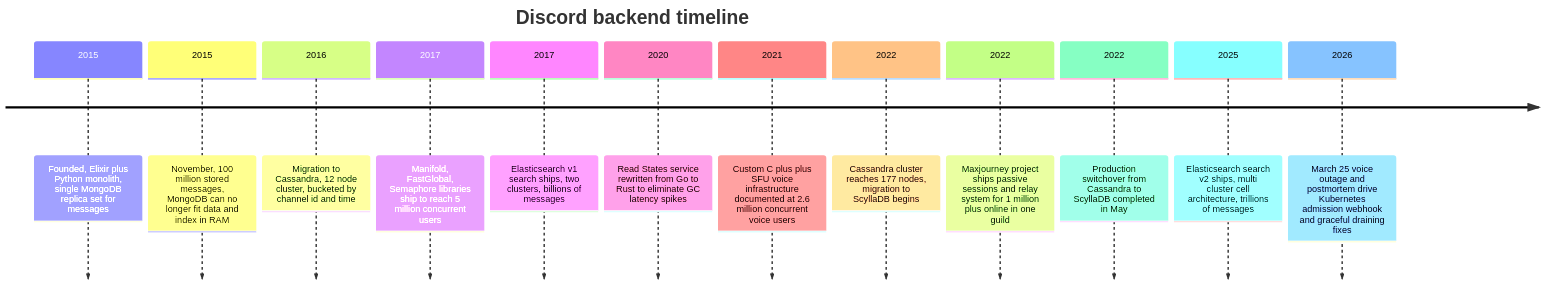
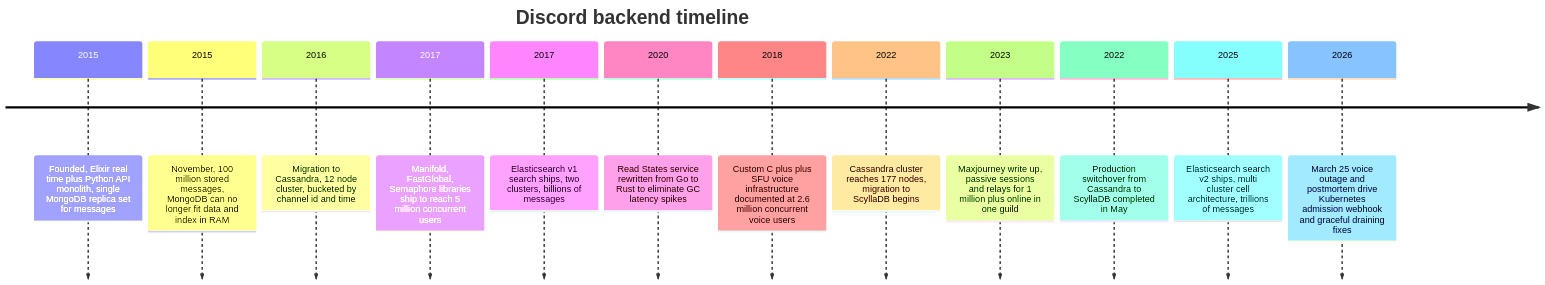
One commit to alwin-verus/big-tech-system-design changed the first of 7 diagrams in companies/discord.md. Above: the diagram before and after it, drawn with Mermaid. The commit also changed other lines of this file and 56 other files, not shown here.

````diff
--- a/companies/discord.md
+++ b/companies/discord.md
@@ -195,16 +304,16 @@
 ```mermaid
 timeline
   title Discord backend timeline
-  2015 : Founded, Elixir plus Python monolith, single MongoDB replica set for messages
+  2015 : Founded, Elixir real time plus Python API monolith, single MongoDB replica set for messages
   2015 : November, 100 million stored messages, MongoDB can no longer fit data and index in RAM
   2016 : Migration to Cassandra, 12 node cluster, bucketed by channel id and time
   2017 : Manifold, FastGlobal, Semaphore libraries ship to reach 5 million concurrent users
   2017 : Elasticsearch v1 search ships, two clusters, billions of messages
   2020 : Read States service rewritten from Go to Rust to eliminate GC latency spikes
-  2021 : Custom C plus plus SFU voice infrastructure documented at 2.6 million concurrent voice users
+  2018 : Custom C plus plus SFU voice infrastructure documented at 2.6 million concurrent voice users
   2022 : Cassandra cluster reaches 177 nodes, migration to ScyllaDB begins
-  2022 : Maxjourney project ships passive sessions and relay system for 1 million plus online in one guild
+  2023 : Maxjourney write up, passive sessions and relays for 1 million plus online in one guild
   2022 : Production switchover from Cassandra to ScyllaDB completed in May
   2025 : Elasticsearch search v2 ships, multi cluster cell architecture, trillions of messages
   2026 : March 25 voice outage and postmortem drive Kubernetes admission webhook and graceful draining fixes
 ```
````
